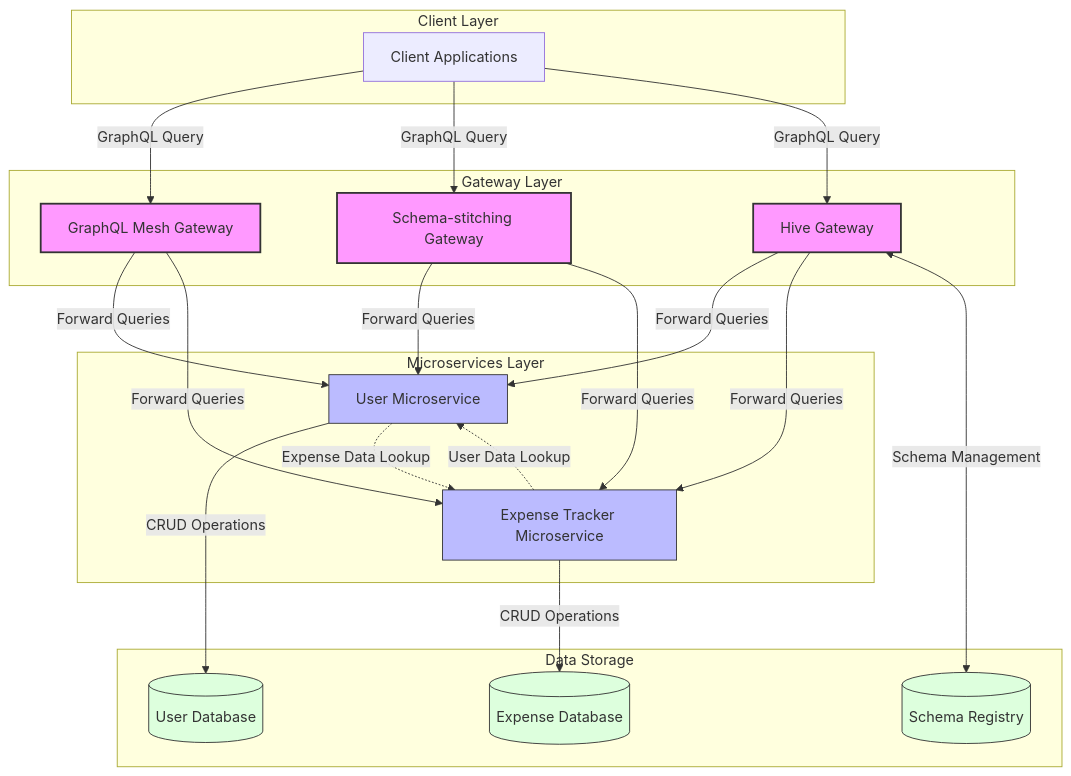
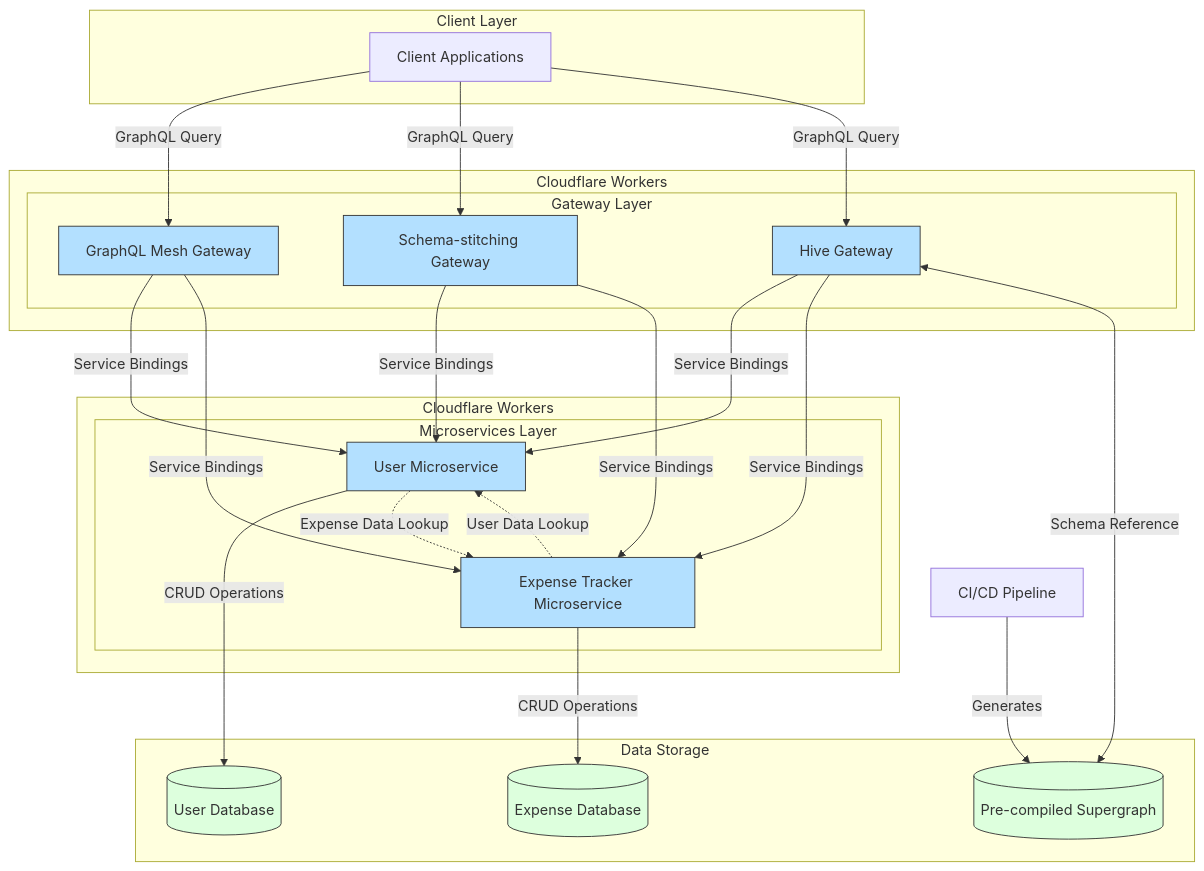
The diagram in docs/diagrams/architecture-diagrams.mermaid (vinodhj/graphql-gateway-microservices), drawn with Mermaid before and after one commit. The commit also changed 3 other files, not shown here.

```diff
--- a/docs/diagrams/architecture-diagrams.mermaid
+++ b/docs/diagrams/architecture-diagrams.mermaid
@@ -1,54 +1,63 @@
 graph TD
-    subgraph "Client Layer"
+    subgraph ClientLayer["Client Layer"]
         Client[Client Applications]
     end
     
-    subgraph "Gateway Layer"
-        GM[GraphQL Mesh Gateway]
-        GS[Schema-stitching Gateway]
-        HG[Hive Gateway]
+    subgraph cfLayer["Cloudflare Workers"]
+	    subgraph GatewayLayer["Gateway Layer"]
+	        GM[GraphQL Mesh Gateway]
+	        GS[Schema-stitching Gateway]
+	        HG[Hive Gateway]
+	    end
     end
     
-    subgraph "Microservices Layer"
-        UserService[User Microservice]
-        ExpenseService[Expense Tracker Microservice]
+    subgraph cfMsLayer["Cloudflare Workers"]
+	    subgraph ServiceLayer["Microservices Layer"]
+	        UserService[User Microservice]
+	        ExpenseService[Expense Tracker Microservice]
+	    end
     end
     
-    subgraph "Data Storage"
+    subgraph DataLayer["Data Storage"]
         UserDB[(User Database)]
         ExpenseDB[(Expense Database)]
-        SchemaRegistry[(Schema Registry)]
+        Supergraph[(Pre-compiled Supergraph)]
     end
     
     %% Client connections
     Client -->|GraphQL Query| GM
     Client -->|GraphQL Query| GS
     Client -->|GraphQL Query| HG
     
     %% Gateway connections
-    GM -->|Forward Queries| UserService
-    GM -->|Forward Queries| ExpenseService
-    GS -->|Forward Queries| UserService
-    GS -->|Forward Queries| ExpenseService
-    HG -->|Forward Queries| UserService
-    HG -->|Forward Queries| ExpenseService
+    GM -->|Service Bindings| UserService
+    GM -->|Service Bindings| ExpenseService
+    GS -->|Service Bindings| UserService
+    GS -->|Service Bindings| ExpenseService
+    HG -->|Service Bindings| UserService
+    HG -->|Service Bindings| ExpenseService
     
     %% Hive specific connections
-    HG <-->|Schema Management| SchemaRegistry
+    HG <-->|Schema Reference| Supergraph
     
     %% Service connections
     UserService -->|CRUD Operations| UserDB
     ExpenseService -->|CRUD Operations| ExpenseDB
     
     %% Cross-service data requirements
     ExpenseService -.->|User Data Lookup| UserService
     UserService -.->|Expense Data Lookup| ExpenseService
     
+    %% Build Pipeline
+    BuildPipeline[CI/CD Pipeline] -->|Generates| Supergraph
+    
     %% Labels
     classDef gateway fill:#f9f,stroke:#333,stroke-width:2px
     classDef service fill:#bbf,stroke:#333,stroke-width:1px
     classDef database fill:#dfd,stroke:#333,stroke-width:1px
+    classDef cloudflare fill:#b3e0ff,stroke:#333,stroke-width:1px
     
     class GM,GS,HG gateway
     class UserService,ExpenseService service
-    class UserDB,ExpenseDB,SchemaRegistry database
+    class UserDB,ExpenseDB,Supergraph database
+    class GM,GS,HG,UserService,ExpenseService cloudflare
```
